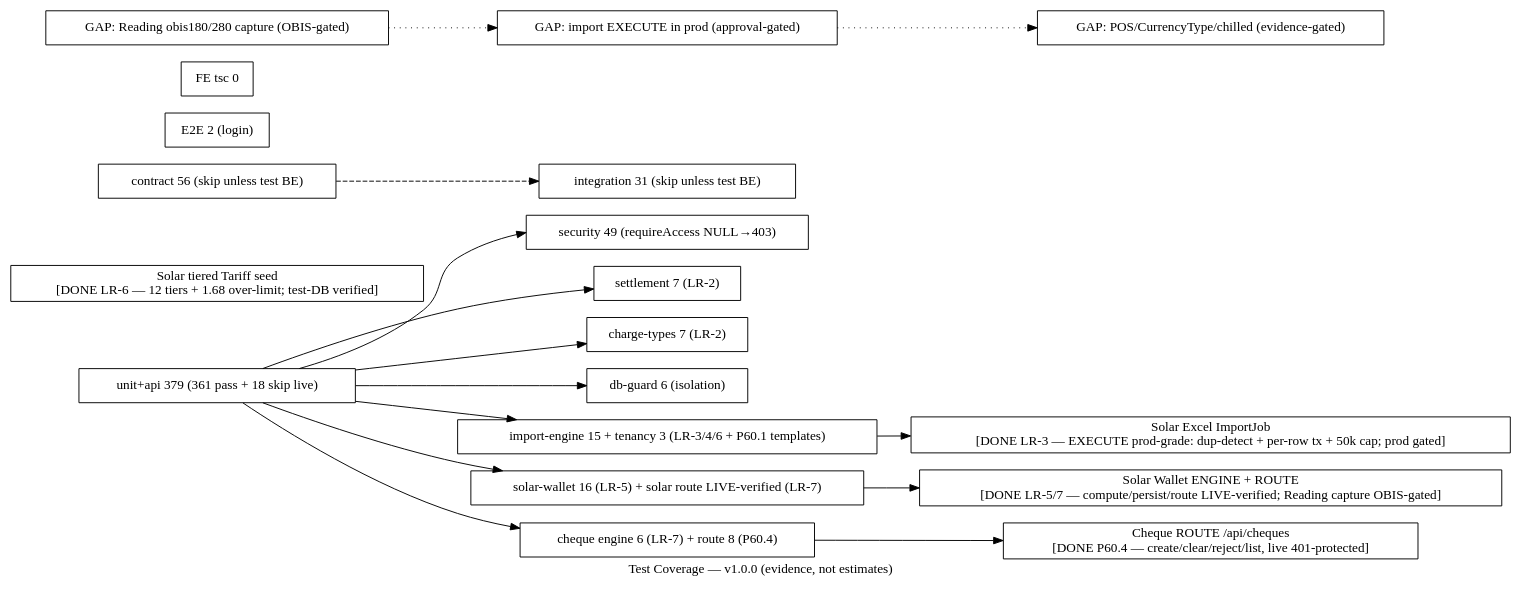
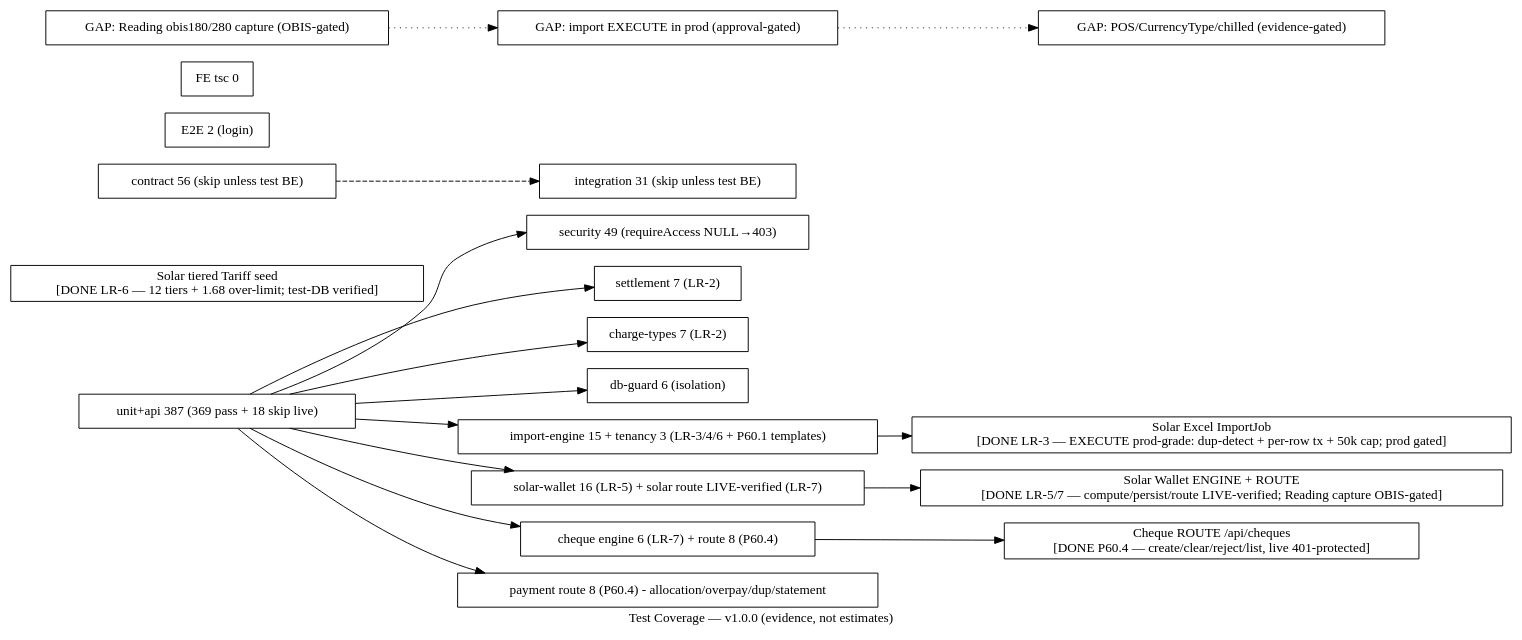
Before and after one commit to Kirllos360/MeterVerse: the diagram in docs/architecture/graph/TEST-COVERAGE.dot, drawn with Graphviz. The commit also changed 6 other files, not shown here.

First line of the commit message:
test(p60.4-completion): payment-route tests for Collection-derived financial scenarios

```diff
--- a/docs/architecture/graph/TEST-COVERAGE.dot
+++ b/docs/architecture/graph/TEST-COVERAGE.dot
@@ -1,45 +1,47 @@
 // TEST-COVERAGE graph — P59-C/LR-2A v1.0.0
 // Evidence-based: unit+api 325 total (307 pass + 18 skip), contract 56 skip,
 // integration 31 skip, FE tsc 0. Tenancy + security live-proven.
 digraph TestCov {
   rankdir=LR;
   label="Test Coverage — v1.0.0 (evidence, not estimates)";
 
   node [shape=box fillcolor="#d1f5d3"];
-  UNIT [label="unit+api 379 (361 pass + 18 skip live)"];
+  UNIT [label="unit+api 387 (369 pass + 18 skip live)"];
   T_SEC [label="security 49 (requireAccess NULL→403)"];
   T_SETTLE [label="settlement 7 (LR-2)"];
   T_CHARGE [label="charge-types 7 (LR-2)"];
   T_DBGUARD [label="db-guard 6 (isolation)"];
   T_IMPORT [label="import-engine 15 + tenancy 3 (LR-3/4/6 + P60.1 templates)"];
   T_SOLAR [label="solar-wallet 16 (LR-5) + solar route LIVE-verified (LR-7)"];
   T_CHEQUE [label="cheque engine 6 (LR-7) + route 8 (P60.4)"];
+  T_PAY [label="payment route 8 (P60.4) - allocation/overpay/dup/statement"];
   IMPORT_DONE [label="Solar Excel ImportJob\n[DONE LR-3 — EXECUTE prod-grade: dup-detect + per-row tx + 50k cap; prod gated]" fillcolor="#fef7e0"];
   SOLAR_DONE [label="Solar Wallet ENGINE + ROUTE\n[DONE LR-5/7 — compute/persist/route LIVE-verified; Reading capture OBIS-gated]" fillcolor="#fef7e0"];
   TARIFF_SEED [label="Solar tiered Tariff seed\n[DONE LR-6 — 12 tiers + 1.68 over-limit; test-DB verified]" fillcolor="#fef7e0"];
   CHEQUE_DONE [label="Cheque ROUTE /api/cheques\n[DONE P60.4 — create/clear/reject/list, live 401-protected]" fillcolor="#fef7e0"];
 
   node [shape=box fillcolor="#fef7e0"];
   CONTRACT [label="contract 56 (skip unless test BE)"];
   INTEG [label="integration 31 (skip unless test BE)"];
   E2E [label="E2E 2 (login)"];
   TSC [label="FE tsc 0"];
 
   node [shape=box fillcolor="#fff1f0"];
   GAP1 [label="GAP: Reading obis180/280 capture (OBIS-gated)"];
   GAP2 [label="GAP: import EXECUTE in prod (approval-gated)"];
   GAP3 [label="GAP: POS/CurrencyType/chilled (evidence-gated)"];
 
   UNIT -> T_SEC;
   UNIT -> T_SETTLE;
   UNIT -> T_CHARGE;
   UNIT -> T_DBGUARD;
   UNIT -> T_IMPORT;
   UNIT -> T_SOLAR;
   UNIT -> T_CHEQUE;
+  UNIT -> T_PAY;
   T_IMPORT -> IMPORT_DONE;
   T_SOLAR -> SOLAR_DONE;
   T_CHEQUE -> CHEQUE_DONE;
   CONTRACT -> INTEG [style=dashed];
   GAP1 -> GAP2 -> GAP3 [style=dotted];
 }
```
